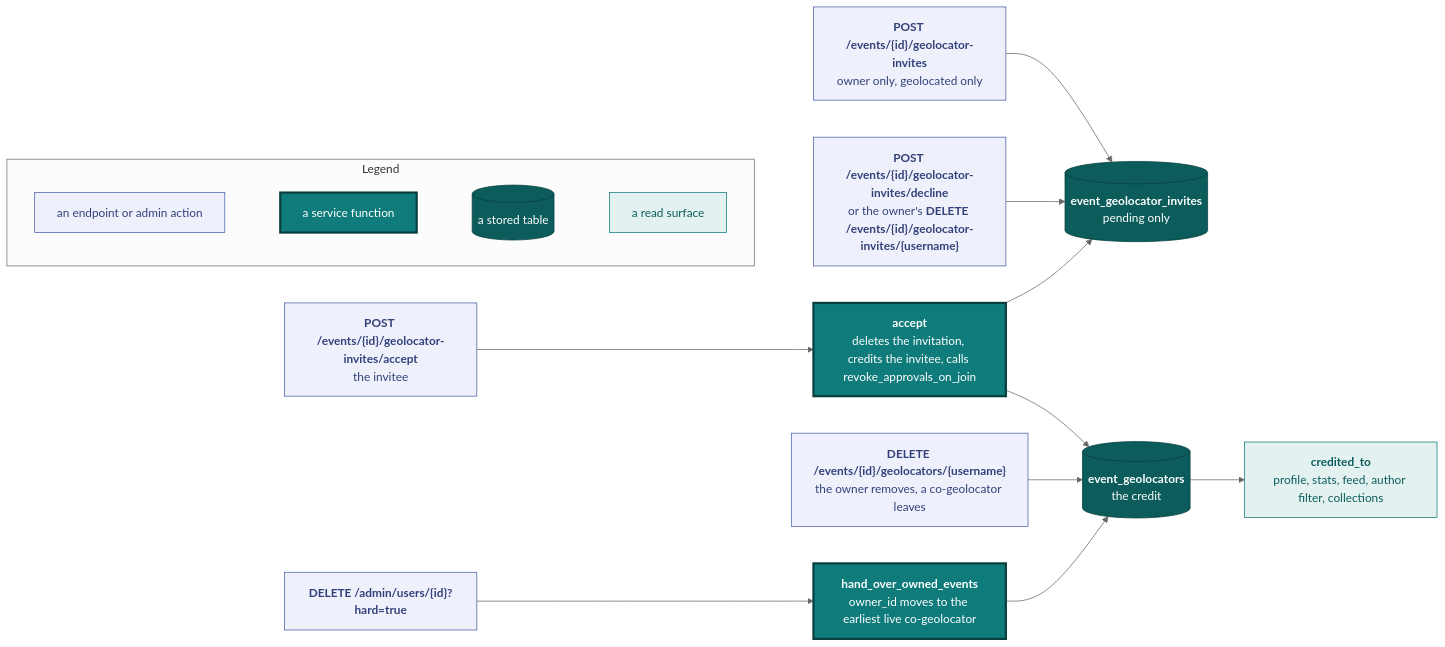
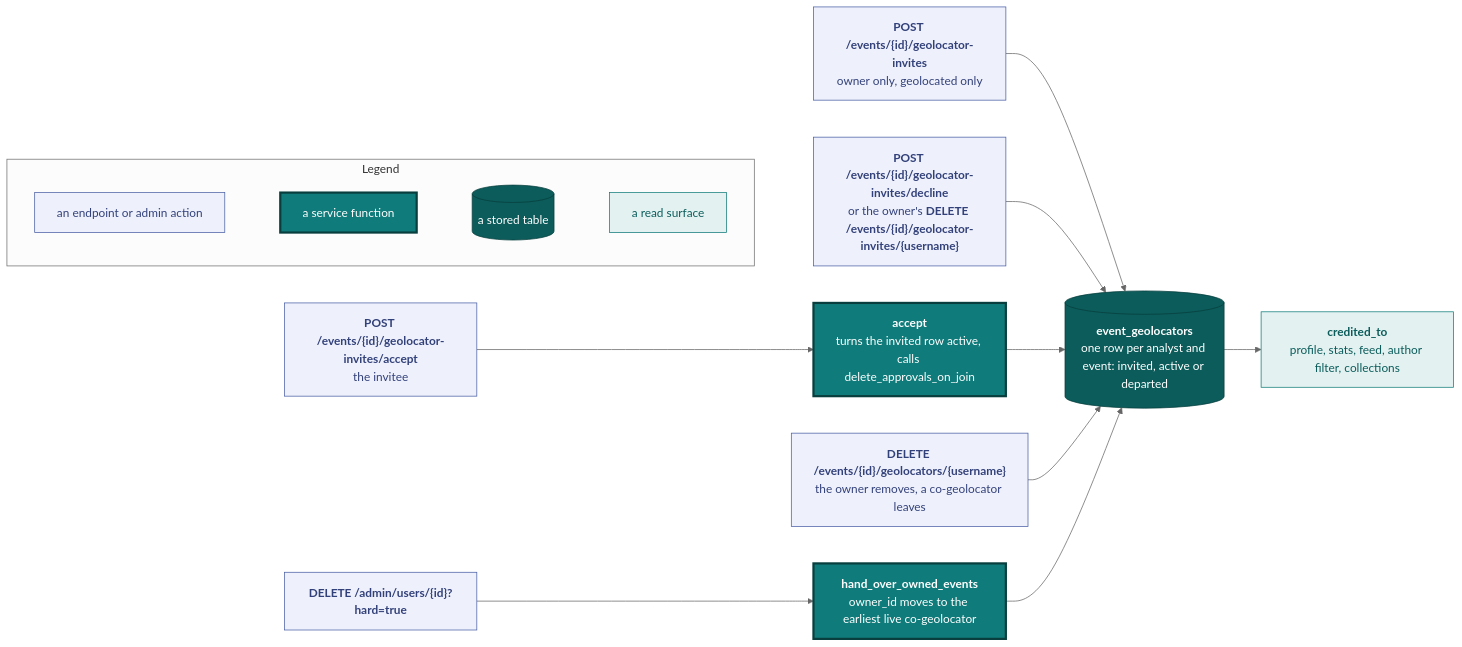
The fourth of 9 diagrams in docs/api.md (vidithq/vidit), drawn with Mermaid (neutral theme) before and after one commit. The commit also changed other lines of this file and 617 other files, not shown here.

````diff
--- a/docs/api.md
+++ b/docs/api.md
@@ -1312,46 +1476,43 @@
 ```mermaid
 flowchart LR
   classDef spec fill:#eef1fb,stroke:#4a5fa5,color:#33417a
   classDef core fill:#0f7b7a,stroke:#083f3e,stroke-width:3px,color:#ffffff
   classDef store fill:#0b5c5b,stroke:#083f3e,color:#ffffff
   classDef shared fill:#e3f2f1,stroke:#0f7b7a,color:#0b5c5b
 
   subgraph legend [Legend]
     direction LR
     l1["`an endpoint or admin action`"]:::spec
     l2["`a service function`"]:::core
     l3[("`a stored table`")]:::store
     l4["`a read surface`"]:::shared
     l1 ~~~ l2 ~~~ l3 ~~~ l4
   end
 
   invite["`**POST /events/{id}/geolocator-invites**
   owner only, geolocated only`"]:::spec
   answer["`**POST /events/{id}/geolocator-invites/accept**
   the invitee`"]:::spec
   drop["`**POST /events/{id}/geolocator-invites/decline**
   or the owner's **DELETE /events/{id}/geolocator-invites/{username}**`"]:::spec
   remove["`**DELETE /events/{id}/geolocators/{username}**
   the owner removes, a co-geolocator leaves`"]:::spec
   erase["`**DELETE /admin/users/{id}?hard=true**`"]:::spec
   accept["`**accept**
-  deletes the invitation, credits the invitee, calls revoke_approvals_on_join`"]:::core
+  turns the invited row active, calls delete_approvals_on_join`"]:::core
   handover["`**hand_over_owned_events**
   owner_id moves to the earliest live co-geolocator`"]:::core
-  invites[("`**event_geolocator_invites**
-  pending only`")]:::store
   credits[("`**event_geolocators**
-  the credit`")]:::store
+  one row per analyst and event: invited, active or departed`")]:::store
   credited["`**credited_to**
   profile, stats, feed, author filter, collections`"]:::shared
 
-  invite --> invites
-  drop --> invites
+  invite --> credits
+  drop --> credits
   answer --> accept
-  accept --> invites
   accept --> credits
   remove --> credits
   erase --> handover
   handover --> credits
   credits --> credited
 ```
````
